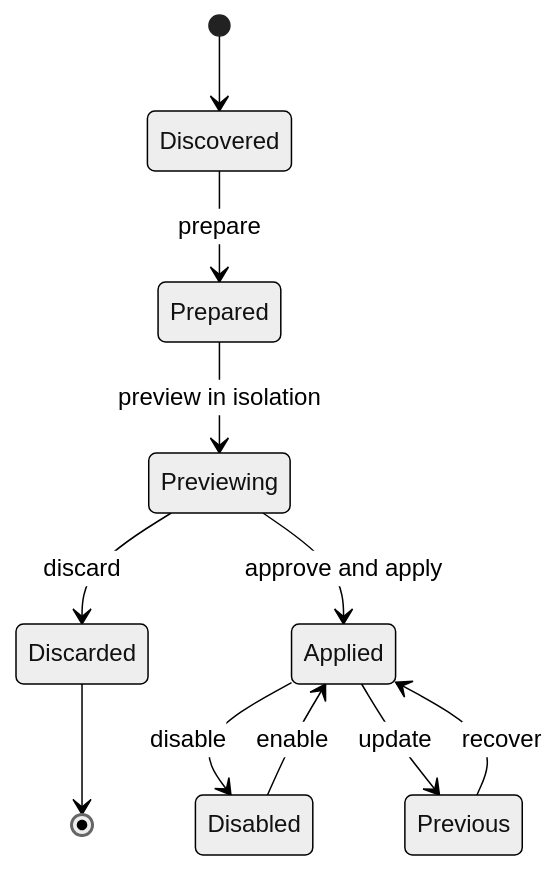
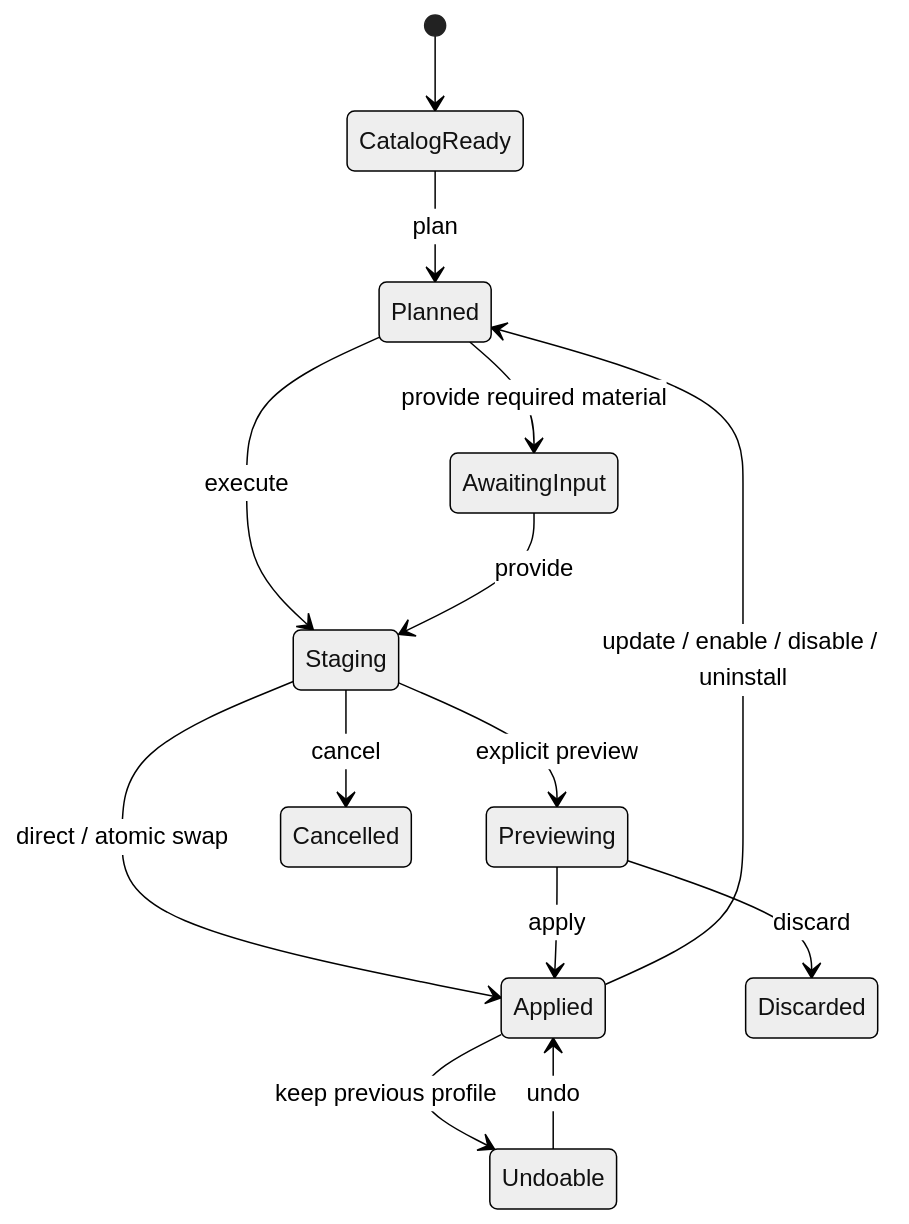
Before and after one commit to euanguo/dsh-studio: the second of 2 diagrams in docs/design.en.md, drawn with Mermaid (neutral theme). The commit also changed other lines of this file and 41 other files, not shown here.

````diff
--- a/docs/design.en.md
+++ b/docs/design.en.md
@@ -118,13 +118,16 @@
 ```mermaid
 stateDiagram-v2
-  [*] --> Discovered
-  Discovered --> Prepared: prepare
-  Prepared --> Previewing: preview in isolation
+  [*] --> CatalogReady
+  CatalogReady --> Planned: plan
+  Planned --> Staging: execute
+  Staging --> Applied: direct / atomic swap
+  Staging --> Previewing: explicit preview
   Previewing --> Discarded: discard
-  Previewing --> Applied: approve and apply
-  Applied --> Disabled: disable
-  Disabled --> Applied: enable
-  Applied --> Previous: update
-  Previous --> Applied: recover
-  Discarded --> [*]
+  Previewing --> Applied: apply
+  Staging --> Cancelled: cancel
+  Applied --> Planned: update / enable / disable / uninstall
+  Applied --> Undoable: keep previous profile
+  Undoable --> Applied: undo
+  Planned --> AwaitingInput: provide required material
+  AwaitingInput --> Staging: provide
 ```
````
